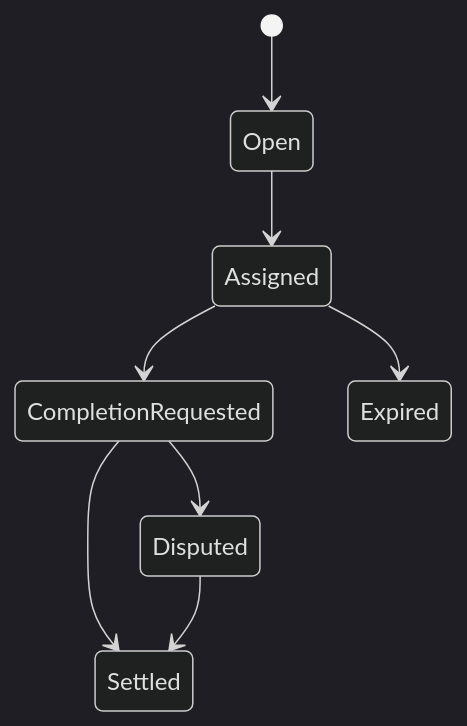
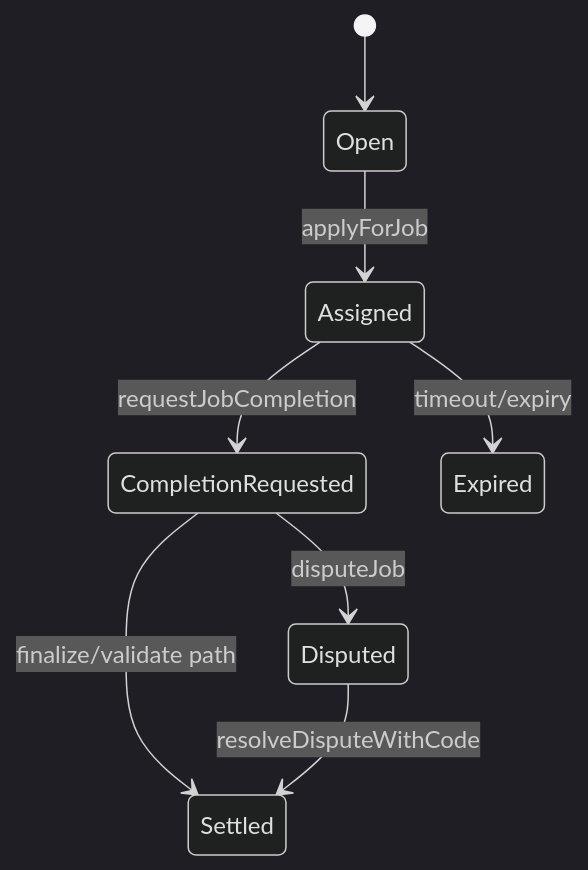
Before and after one commit to MontrealAI/AGIJobManager: the diagram in docs/ui/JOB_LIFECYCLE.md, drawn with Mermaid (dark theme). The commit also changed other lines of this file and 23 other files, not shown here.

````diff
--- a/docs/ui/JOB_LIFECYCLE.md
+++ b/docs/ui/JOB_LIFECYCLE.md
@@ -3,10 +3,10 @@
 ```mermaid
 stateDiagram-v2
   [*] --> Open
-  Open --> Assigned
-  Assigned --> CompletionRequested
-  CompletionRequested --> Settled
-  CompletionRequested --> Disputed
-  Disputed --> Settled
-  Assigned --> Expired
+  Open --> Assigned: applyForJob
+  Assigned --> CompletionRequested: requestJobCompletion
+  CompletionRequested --> Disputed: disputeJob
+  CompletionRequested --> Settled: finalize/validate path
+  Disputed --> Settled: resolveDisputeWithCode
+  Assigned --> Expired: timeout/expiry
 ```
````
